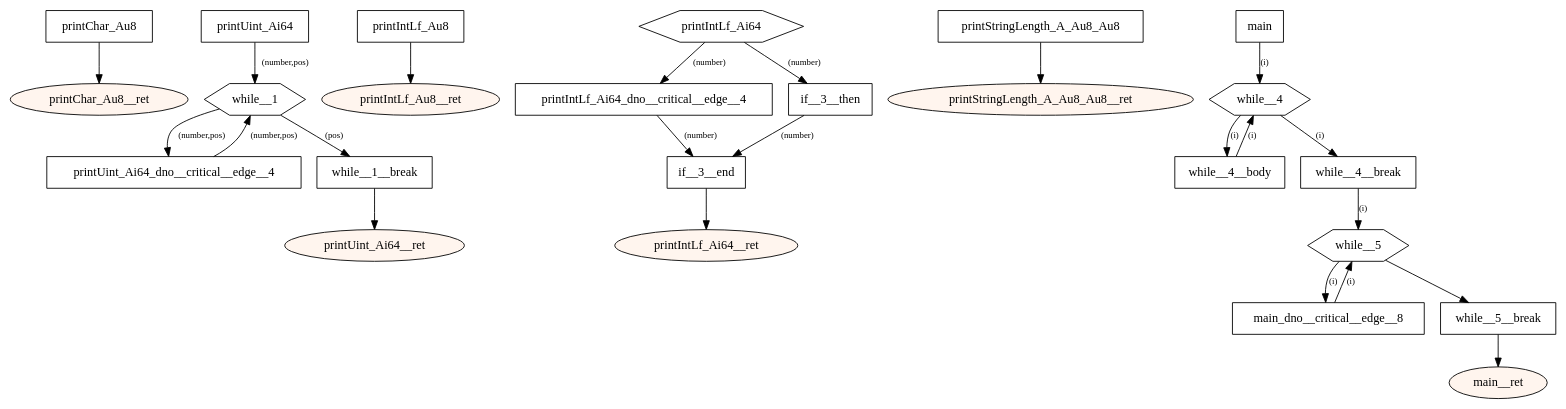
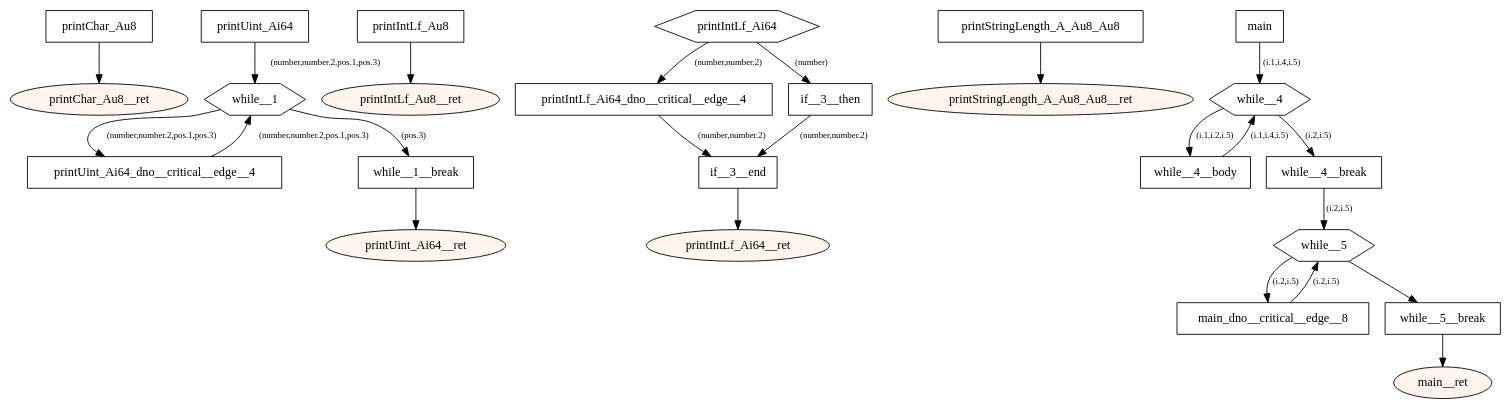
Before and after one commit to tmssngr/tinyC: the diagram in src/main/resources-test/compiler/windows/while.dot, drawn with Graphviz. The commit also changed 90 other files, not shown here.

```diff
--- a/src/main/resources-test/compiler/windows/while.dot
+++ b/src/main/resources-test/compiler/windows/while.dot
@@ -1,61 +1,61 @@
 digraph program {
 	edge[fontsize="10pt"];
 	subgraph fn_printChar_Au8 {
 		BasicBlock_0_printChar_Au8 [label="printChar_Au8",shape=box];
 		BasicBlock_0_printChar_Au8 -> BasicBlock_0_printChar_Au8__ret;
 		BasicBlock_0_printChar_Au8__ret [label="printChar_Au8__ret",shape=oval,style=filled,fillcolor="#fff5ee"];
 	}
 	subgraph fn_printUint_Ai64 {
 		BasicBlock_1_printUint_Ai64 [label="printUint_Ai64",shape=box];
-		BasicBlock_1_printUint_Ai64 -> BasicBlock_1_while__1 [label="(number,pos)"];
+		BasicBlock_1_printUint_Ai64 -> BasicBlock_1_while__1 [label="(number,number.2,pos.1,pos.3)"];
 		BasicBlock_1_printUint_Ai64_dno__critical__edge__4 [label="printUint_Ai64_dno__critical__edge__4",shape=box];
-		BasicBlock_1_printUint_Ai64_dno__critical__edge__4 -> BasicBlock_1_while__1 [label="(number,pos)"];
+		BasicBlock_1_printUint_Ai64_dno__critical__edge__4 -> BasicBlock_1_while__1 [label="(number,number.2,pos.1,pos.3)"];
 		BasicBlock_1_while__1 [label="while__1",shape=hexagon];
-		BasicBlock_1_while__1 -> BasicBlock_1_printUint_Ai64_dno__critical__edge__4 [label="(number,pos)"];
-		BasicBlock_1_while__1 -> BasicBlock_1_while__1__break [label="(pos)"];
+		BasicBlock_1_while__1 -> BasicBlock_1_printUint_Ai64_dno__critical__edge__4 [label="(number,number.2,pos.1,pos.3)"];
+		BasicBlock_1_while__1 -> BasicBlock_1_while__1__break [label="(pos.3)"];
 		BasicBlock_1_while__1__break [label="while__1__break",shape=box];
 		BasicBlock_1_while__1__break -> BasicBlock_1_printUint_Ai64__ret;
 		BasicBlock_1_printUint_Ai64__ret [label="printUint_Ai64__ret",shape=oval,style=filled,fillcolor="#fff5ee"];
 	}
 	subgraph fn_printIntLf_Au8 {
 		BasicBlock_2_printIntLf_Au8 [label="printIntLf_Au8",shape=box];
 		BasicBlock_2_printIntLf_Au8 -> BasicBlock_2_printIntLf_Au8__ret;
 		BasicBlock_2_printIntLf_Au8__ret [label="printIntLf_Au8__ret",shape=oval,style=filled,fillcolor="#fff5ee"];
 	}
 	subgraph fn_printIntLf_Ai64 {
 		BasicBlock_3_printIntLf_Ai64 [label="printIntLf_Ai64",shape=hexagon];
-		BasicBlock_3_printIntLf_Ai64 -> BasicBlock_3_printIntLf_Ai64_dno__critical__edge__4 [label="(number)"];
+		BasicBlock_3_printIntLf_Ai64 -> BasicBlock_3_printIntLf_Ai64_dno__critical__edge__4 [label="(number,number.2)"];
 		BasicBlock_3_printIntLf_Ai64 -> BasicBlock_3_if__3__then [label="(number)"];
 		BasicBlock_3_printIntLf_Ai64_dno__critical__edge__4 [label="printIntLf_Ai64_dno__critical__edge__4",shape=box];
-		BasicBlock_3_printIntLf_Ai64_dno__critical__edge__4 -> BasicBlock_3_if__3__end [label="(number)"];
+		BasicBlock_3_printIntLf_Ai64_dno__critical__edge__4 -> BasicBlock_3_if__3__end [label="(number,number.2)"];
 		BasicBlock_3_if__3__then [label="if__3__then",shape=box];
-		BasicBlock_3_if__3__then -> BasicBlock_3_if__3__end [label="(number)"];
+		BasicBlock_3_if__3__then -> BasicBlock_3_if__3__end [label="(number,number.2)"];
 		BasicBlock_3_if__3__end [label="if__3__end",shape=box];
 		BasicBlock_3_if__3__end -> BasicBlock_3_printIntLf_Ai64__ret;
 		BasicBlock_3_printIntLf_Ai64__ret [label="printIntLf_Ai64__ret",shape=oval,style=filled,fillcolor="#fff5ee"];
 	}
 	subgraph fn_printStringLength_A_Au8_Au8 {
 		BasicBlock_4_printStringLength_A_Au8_Au8 [label="printStringLength_A_Au8_Au8",shape=box];
 		BasicBlock_4_printStringLength_A_Au8_Au8 -> BasicBlock_4_printStringLength_A_Au8_Au8__ret;
 		BasicBlock_4_printStringLength_A_Au8_Au8__ret [label="printStringLength_A_Au8_Au8__ret",shape=oval,style=filled,fillcolor="#fff5ee"];
 	}
 	subgraph fn_main {
 		BasicBlock_5_main [label="main",shape=box];
-		BasicBlock_5_main -> BasicBlock_5_while__4 [label="(i)"];
+		BasicBlock_5_main -> BasicBlock_5_while__4 [label="(i.1,i.4,i.5)"];
 		BasicBlock_5_while__4__body [label="while__4__body",shape=box];
-		BasicBlock_5_while__4__body -> BasicBlock_5_while__4 [label="(i)"];
+		BasicBlock_5_while__4__body -> BasicBlock_5_while__4 [label="(i.1,i.4,i.5)"];
 		BasicBlock_5_while__4 [label="while__4",shape=hexagon];
-		BasicBlock_5_while__4 -> BasicBlock_5_while__4__break [label="(i)"];
-		BasicBlock_5_while__4 -> BasicBlock_5_while__4__body [label="(i)"];
+		BasicBlock_5_while__4 -> BasicBlock_5_while__4__break [label="(i.2,i.5)"];
+		BasicBlock_5_while__4 -> BasicBlock_5_while__4__body [label="(i.1,i.2,i.5)"];
 		BasicBlock_5_while__4__break [label="while__4__break",shape=box];
-		BasicBlock_5_while__4__break -> BasicBlock_5_while__5 [label="(i)"];
+		BasicBlock_5_while__4__break -> BasicBlock_5_while__5 [label="(i.2,i.5)"];
 		BasicBlock_5_main_dno__critical__edge__8 [label="main_dno__critical__edge__8",shape=box];
-		BasicBlock_5_main_dno__critical__edge__8 -> BasicBlock_5_while__5 [label="(i)"];
+		BasicBlock_5_main_dno__critical__edge__8 -> BasicBlock_5_while__5 [label="(i.2,i.5)"];
 		BasicBlock_5_while__5 [label="while__5",shape=hexagon];
-		BasicBlock_5_while__5 -> BasicBlock_5_main_dno__critical__edge__8 [label="(i)"];
+		BasicBlock_5_while__5 -> BasicBlock_5_main_dno__critical__edge__8 [label="(i.2,i.5)"];
 		BasicBlock_5_while__5 -> BasicBlock_5_while__5__break;
 		BasicBlock_5_while__5__break [label="while__5__break",shape=box];
 		BasicBlock_5_while__5__break -> BasicBlock_5_main__ret;
 		BasicBlock_5_main__ret [label="main__ret",shape=oval,style=filled,fillcolor="#fff5ee"];
 	}
 }
```
